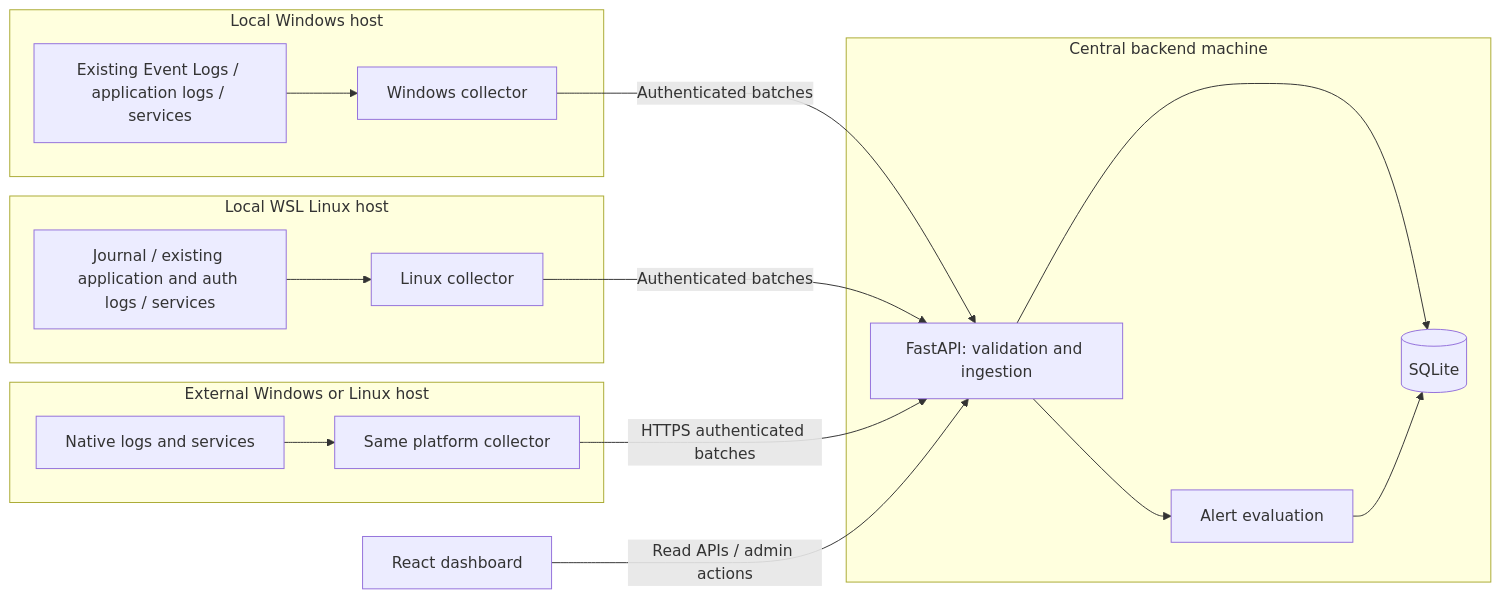
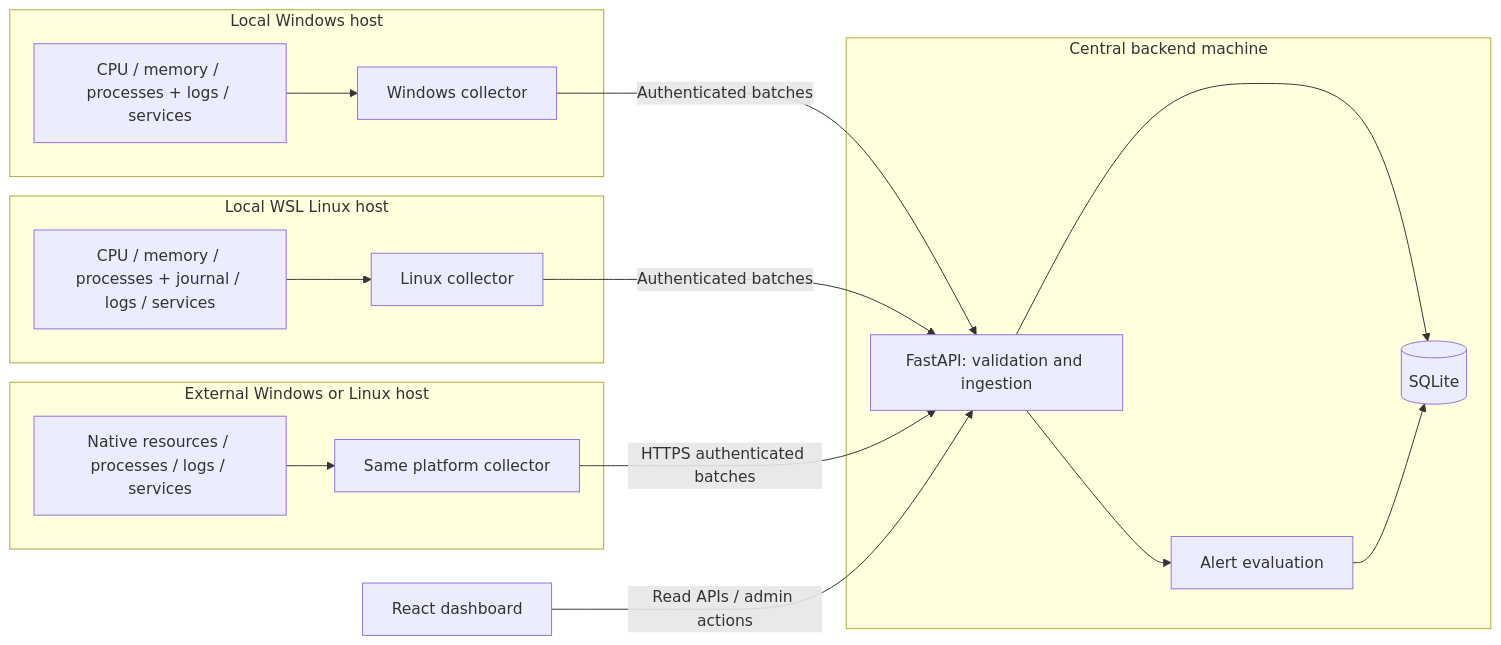
The diagram in Docs/design/machine/HLD.md (repanadileep555-lgtm/ServerPulse), drawn with Mermaid before and after one commit. The commit also changed other lines of this file and 73 other files, not shown here.

````diff
--- a/Docs/design/machine/HLD.md
+++ b/Docs/design/machine/HLD.md
@@ -50,30 +60,30 @@
 ```mermaid
 flowchart LR
     subgraph Windows["Local Windows host"]
-        WL["Existing Event Logs / application logs / services"]
+        WL["CPU / memory / processes + logs / services"]
         WC["Windows collector"]
         WL --> WC
     end
     subgraph WSL["Local WSL Linux host"]
-        LL["Journal / existing application and auth logs / services"]
+        LL["CPU / memory / processes + journal / logs / services"]
         LC["Linux collector"]
         LL --> LC
     end
     subgraph Remote["External Windows or Linux host"]
-        RL["Native logs and services"]
+        RL["Native resources / processes / logs / services"]
         RC["Same platform collector"]
         RL --> RC
     end
     WC -->|Authenticated batches| API
     LC -->|Authenticated batches| API
     RC -->|HTTPS authenticated batches| API
     subgraph Central["Central backend machine"]
         API["FastAPI: validation and ingestion"]
         DB[("SQLite")]
         Rules["Alert evaluation"]
         API --> DB
         API --> Rules
         Rules --> DB
     end
     UI["React dashboard"] -->|Read APIs / admin actions| API
 ```
````
